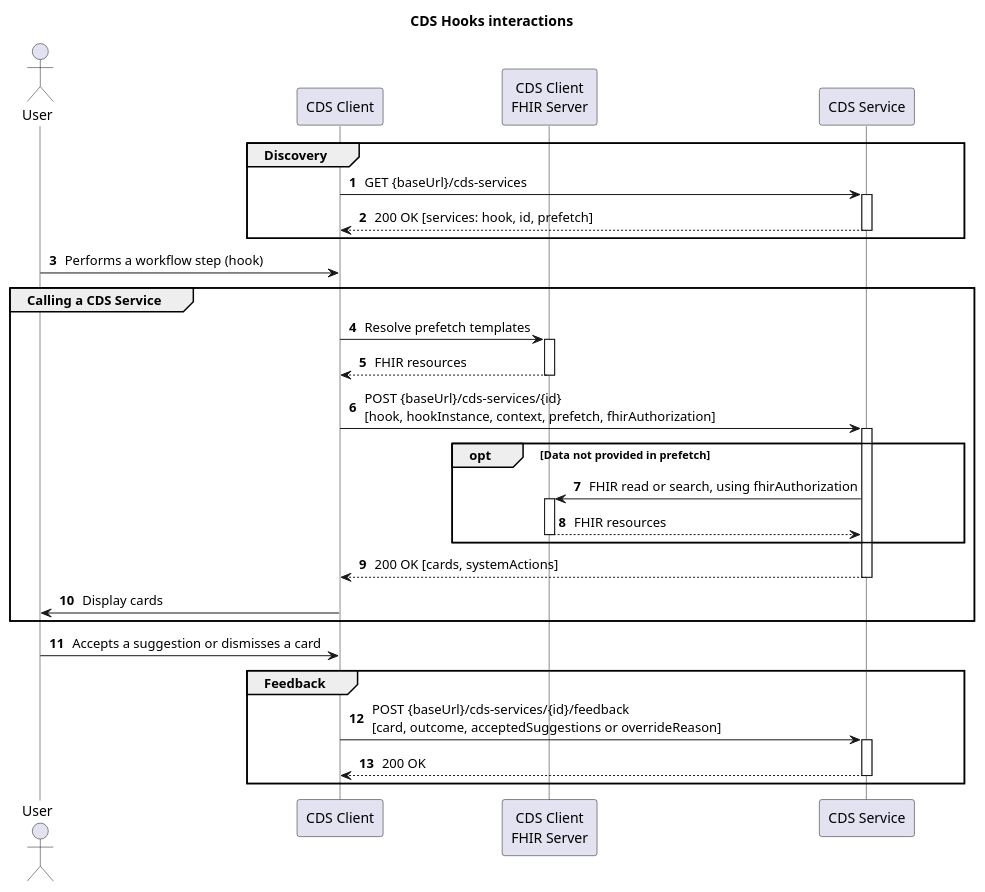
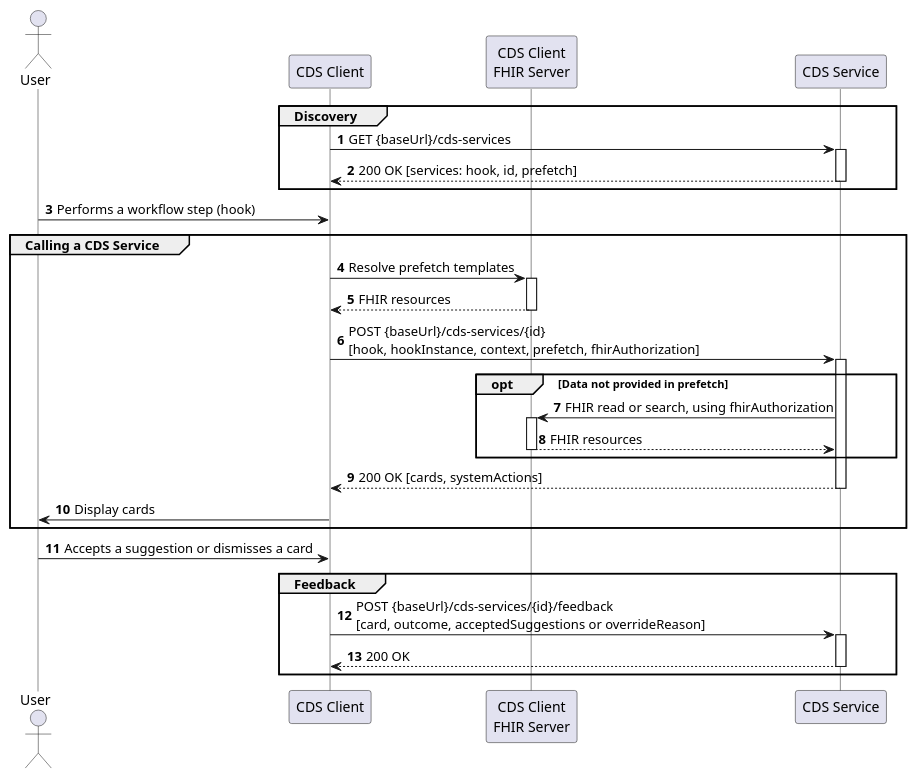
The diagram in input/images-source/CDSHooksSequence.plantuml (HL7/cds-hooks), drawn with PlantUML before and after one commit.

Commit message:
FHIR-51508: Drop deprecated skinparams from sequence diagram

```diff
--- a/input/images-source/CDSHooksSequence.plantuml
+++ b/input/images-source/CDSHooksSequence.plantuml
@@ -1,43 +1,40 @@
 @startuml
 
 skinparam NoteTextAlignment left
-skinparam Padding 2
-skinparam ParticipantPadding 40
 skinparam LifelineStrategy solid
 
-title CDS Hooks interactions
 
 actor User
 participant "CDS Client" as Client
 participant "CDS Client\nFHIR Server" as FHIR
 participant "CDS Service" as Service
 
 autonumber
 
 group Discovery
   Client -> Service++: GET {baseUrl}/cds-services
   Client <-- Service--: 200 OK [services: hook, id, prefetch]
 end
 
 User -> Client: Performs a workflow step (hook)
 
 group Calling a CDS Service
   Client -> FHIR++: Resolve prefetch templates
   Client <-- FHIR--: FHIR resources
   Client -> Service++: POST {baseUrl}/cds-services/{id}\n[hook, hookInstance, context, prefetch, fhirAuthorization]
   opt Data not provided in prefetch
     Service -> FHIR++: FHIR read or search, using fhirAuthorization
     Service <-- FHIR--: FHIR resources
   end
   Client <-- Service--: 200 OK [cards, systemActions]
   Client -> User: Display cards
 end
 
 User -> Client: Accepts a suggestion or dismisses a card
 
 group Feedback
   Client -> Service++: POST {baseUrl}/cds-services/{id}/feedback\n[card, outcome, acceptedSuggestions or overrideReason]
   Client <-- Service--: 200 OK
 end
 
 @enduml
```
